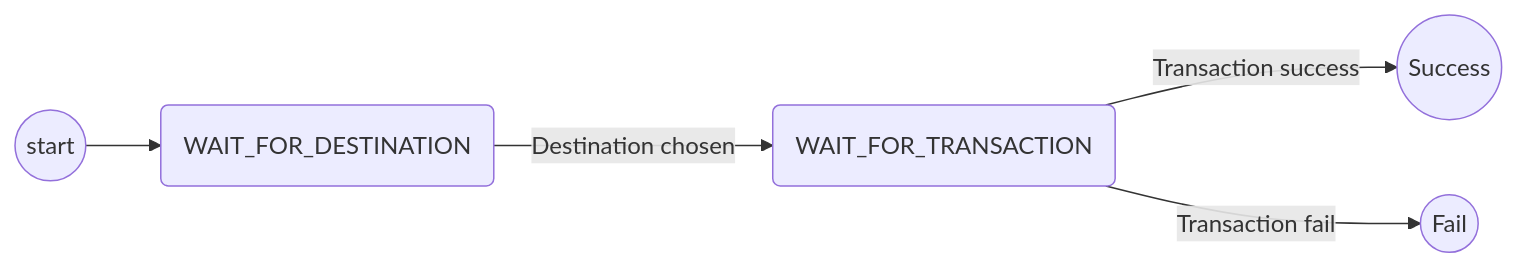
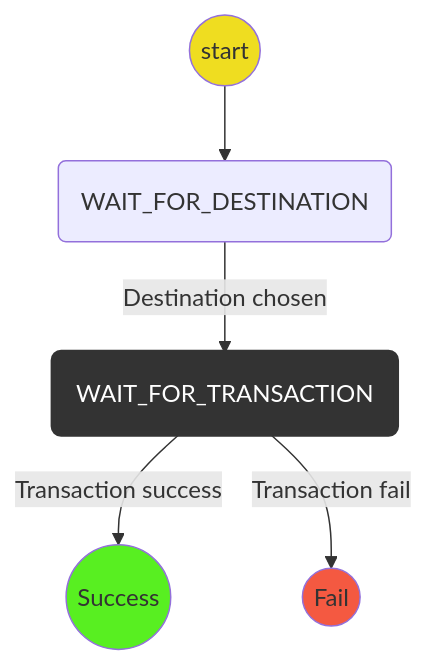
The second of 2 diagrams in packages/wallet/packages/wallet/notes/structuring-the-wallet.md (statechannels/statechannels), drawn with Mermaid before and after one commit. The commit also changed other lines of this file and 158 other files, not shown here.

````diff
--- a/packages/wallet/packages/wallet/notes/structuring-the-wallet.md
+++ b/packages/wallet/packages/wallet/notes/structuring-the-wallet.md
@@ -73,7 +83,15 @@
 ```mermaid
-graph LR
+graph TD
   S((start)) --> WFA(WAIT_FOR_DESTINATION)
   WFA --> |Destination chosen| WFT(WAIT_FOR_TRANSACTION)
   WFT --> |Transaction success| SUCCESS((Success))
   WFT --> |Transaction fail| FAIL((Fail))
+  classDef logic fill:#efdd20;
+  classDef Success fill:#58ef21;
+  classDef Failure fill:#f45941;
+  classDef WaitForChildProtocol stroke:#333,stroke-width:4px,color:#ffff,fill:#333;
+  class S logic
+  class SUCCESS Success;
+  class FAIL Failure;
+  class WFT WaitForChildProtocol;
 ```
````
